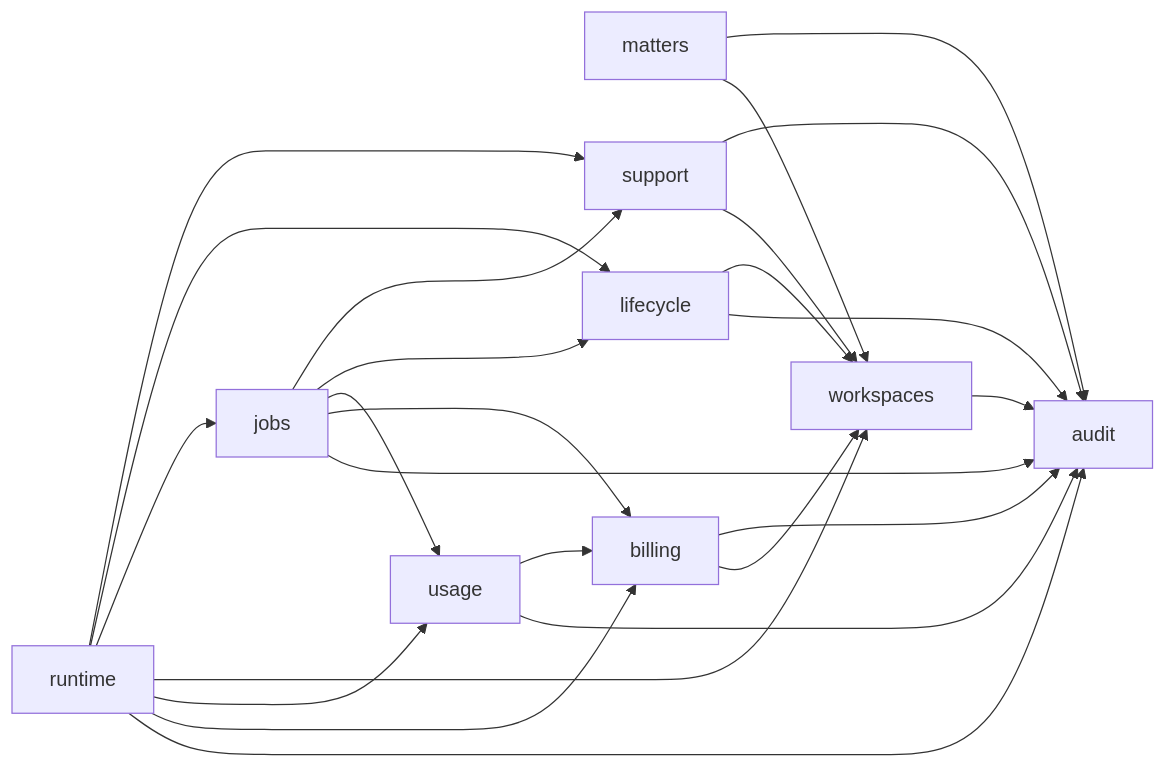
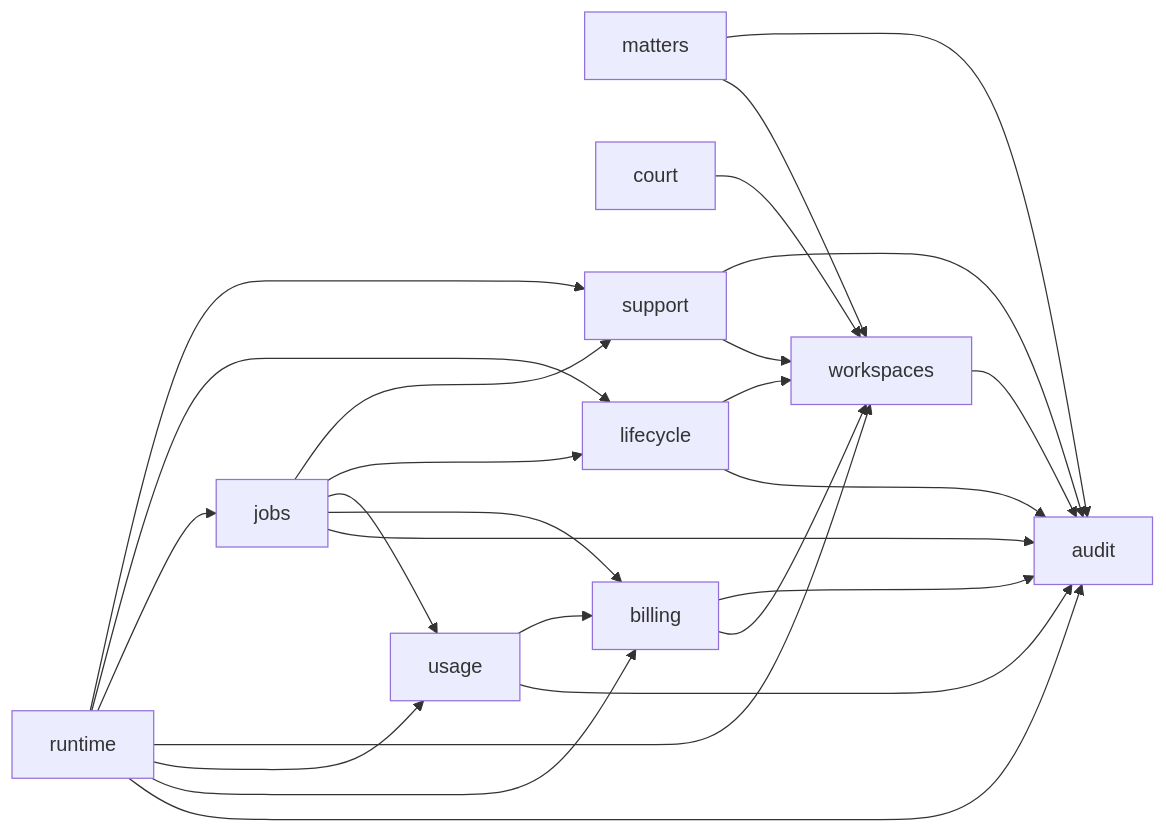
Before and after one commit to RapierCraftStudios/causedeck: the diagram in docs/engineering/core-domains.md, drawn with Mermaid. The commit also changed other lines of this file and 32 other files, not shown here.

````diff
--- a/docs/engineering/core-domains.md
+++ b/docs/engineering/core-domains.md
@@ -56,26 +57,27 @@
 ```mermaid
 graph LR
   workspaces --> audit
   matters --> workspaces
   matters --> audit
+  court --> workspaces
   billing --> workspaces
   billing --> audit
   usage --> audit
   usage --> billing
   lifecycle --> audit
   lifecycle --> workspaces
   support --> workspaces
   support --> audit
   jobs --> audit
   jobs --> billing
   jobs --> usage
   jobs --> lifecycle
   jobs --> support
   runtime --> audit
   runtime --> billing
   runtime --> usage
   runtime --> workspaces
   runtime --> jobs
   runtime --> lifecycle
   runtime --> support
 ```
````
